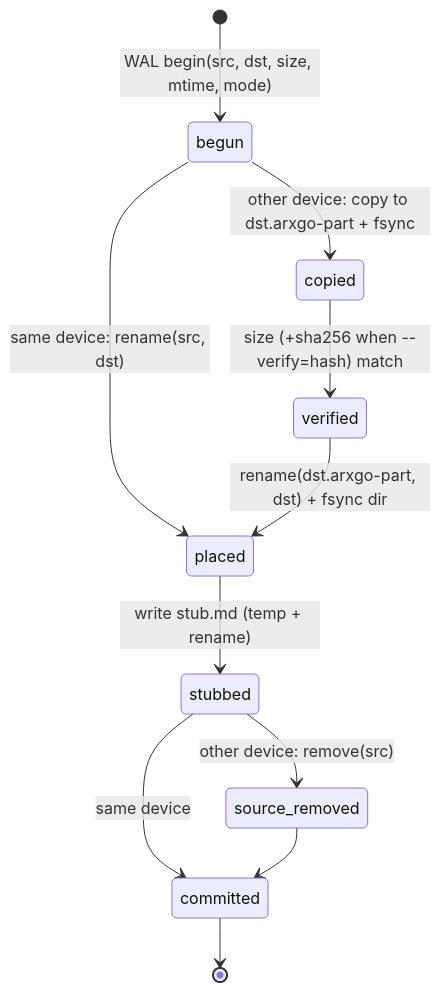
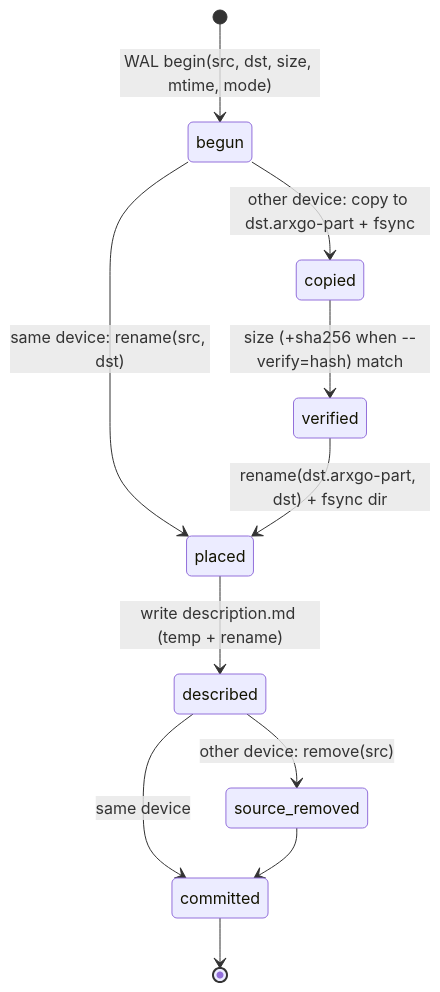
The third of 3 diagrams in docs/openspec/architecture.md (volod/arxiv-go), drawn with Mermaid before and after one commit. The commit also changed other lines of this file and 126 other files, not shown here.

````diff
--- a/docs/openspec/architecture.md
+++ b/docs/openspec/architecture.md
@@ -108,13 +108,13 @@
 ```mermaid
 stateDiagram-v2
     [*] --> begun: WAL begin(src, dst, size, mtime, mode)
     begun --> placed: same device: rename(src, dst)
     begun --> copied: other device: copy to dst.arxgo-part + fsync
     copied --> verified: size (+sha256 when --verify=hash) match
     verified --> placed: rename(dst.arxgo-part, dst) + fsync dir
-    placed --> stubbed: write stub.md (temp + rename)
-    stubbed --> source_removed: other device: remove(src)
-    stubbed --> committed: same device
+    placed --> described: write description.md (temp + rename)
+    described --> source_removed: other device: remove(src)
+    described --> committed: same device
     source_removed --> committed
     committed --> [*]
 ```
````
